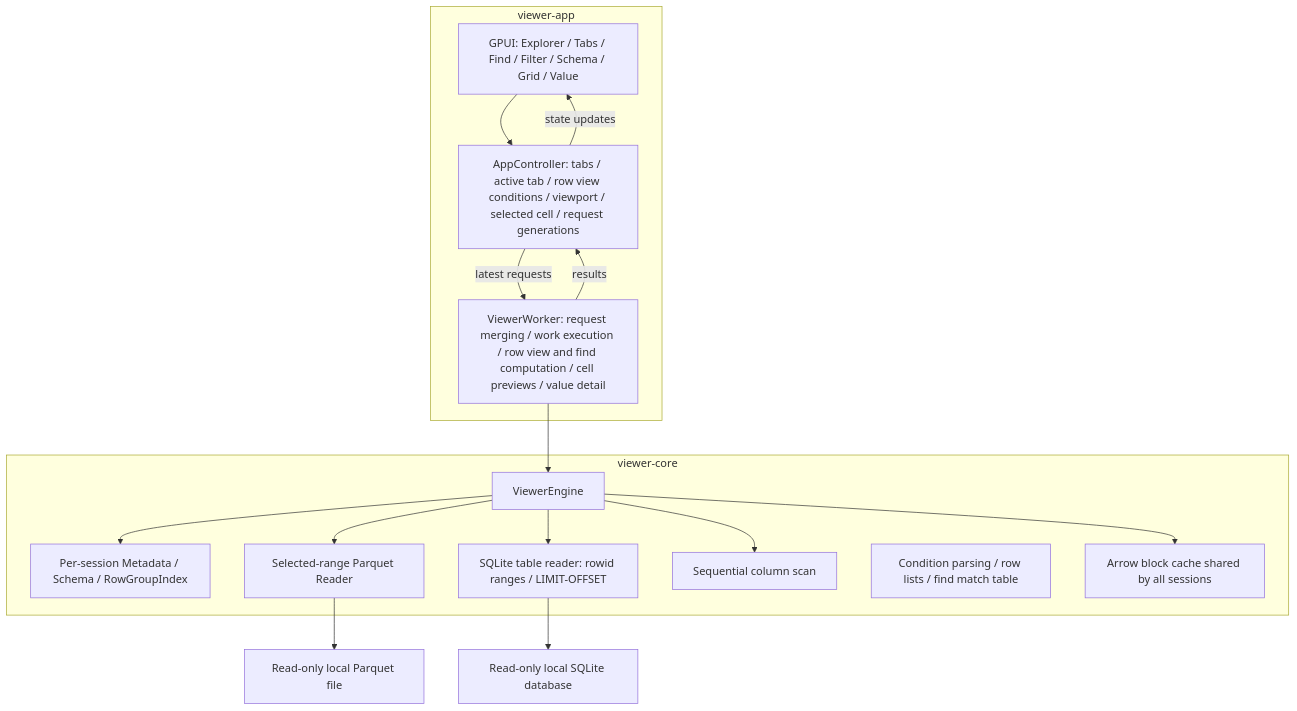
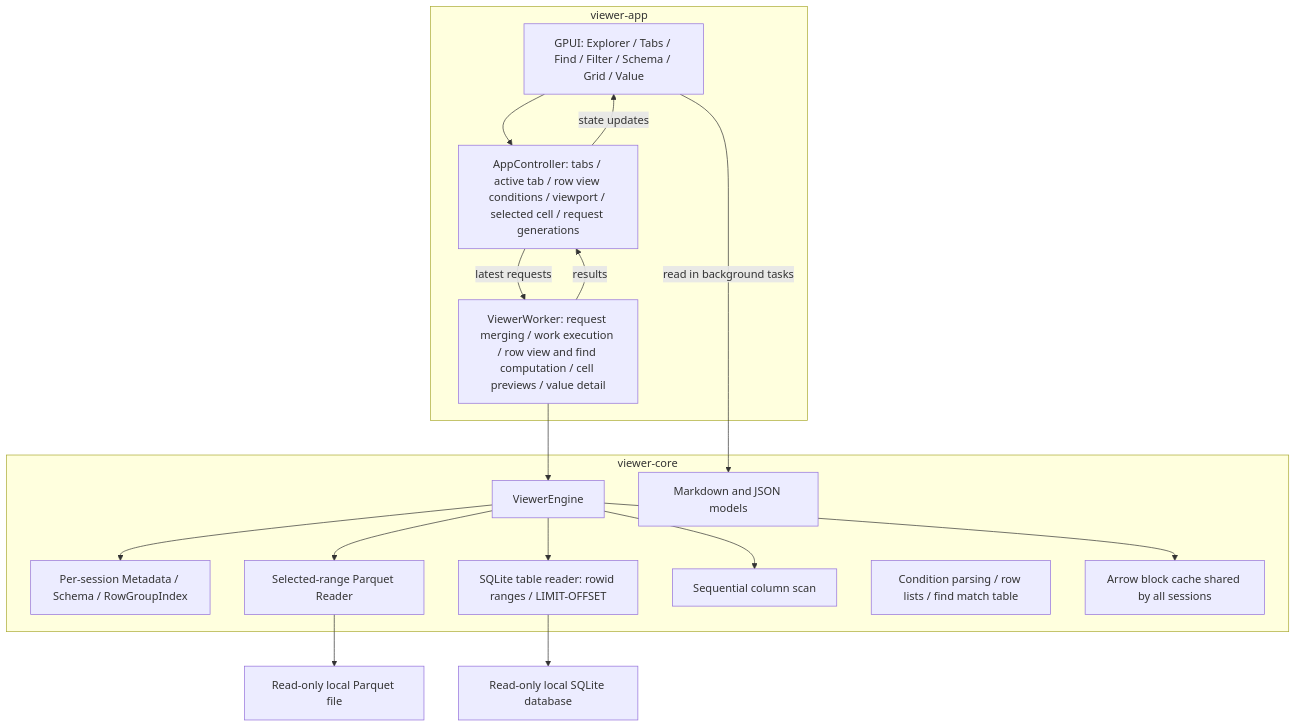
The diagram in architecture.md (GreenWojaKK/TPUI), drawn with Mermaid before and after one commit. The commit also changed other lines of this file and 26 other files, not shown here.

First line of the commit message:
Add Markdown and JSON documents and text selection

````diff
--- a/architecture.md
+++ b/architecture.md
@@ -264,29 +89,31 @@
 ```mermaid
 flowchart TB
     subgraph App[viewer-app]
         UI[GPUI: Explorer / Tabs / Find / Filter / Schema / Grid / Value]
         Controller[AppController: tabs / active tab / row view conditions / viewport / selected cell / request generations]
         Worker[ViewerWorker: request merging / work execution / row view and find computation / cell previews / value detail]
         UI --> Controller
         Controller -->|latest requests| Worker
         Worker -->|results| Controller
         Controller -->|state updates| UI
     end
     subgraph Core[viewer-core]
         Engine[ViewerEngine]
         Metadata[Per-session Metadata / Schema / RowGroupIndex]
         Reader[Selected-range Parquet Reader]
         Sqlite[SQLite table reader: rowid ranges / LIMIT-OFFSET]
         Scan[Sequential column scan]
         View[Condition parsing / row lists / find match table]
         Cache[Arrow block cache shared by all sessions]
+        Documents[Markdown and JSON models]
         Engine --> Metadata
         Engine --> Reader
         Engine --> Sqlite
         Engine --> Scan
         Engine --> Cache
     end
     Worker --> Engine
+    UI -->|read in background tasks| Documents
     Reader --> File[Read-only local Parquet file]
     Sqlite --> Db[Read-only local SQLite database]
 ```
````
